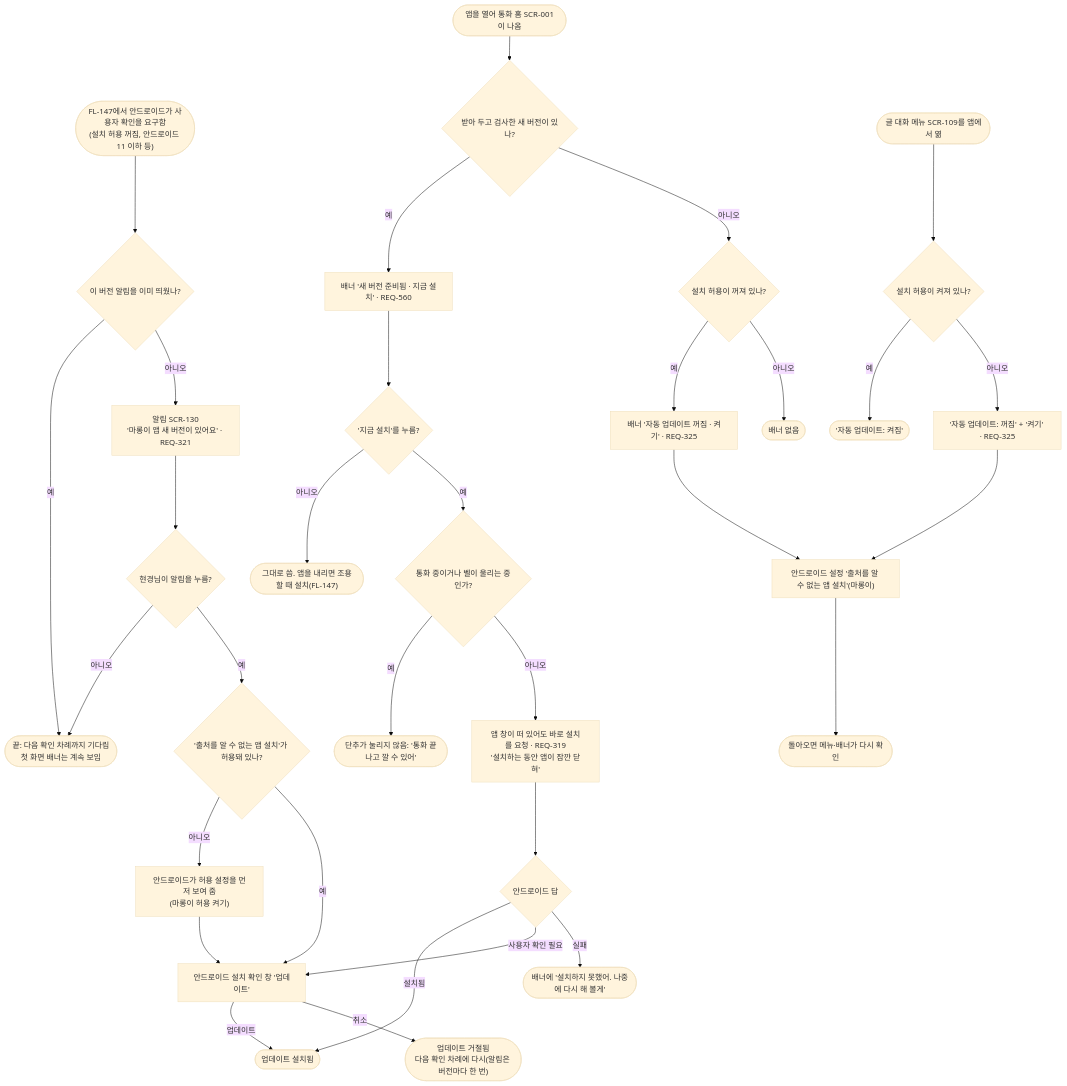
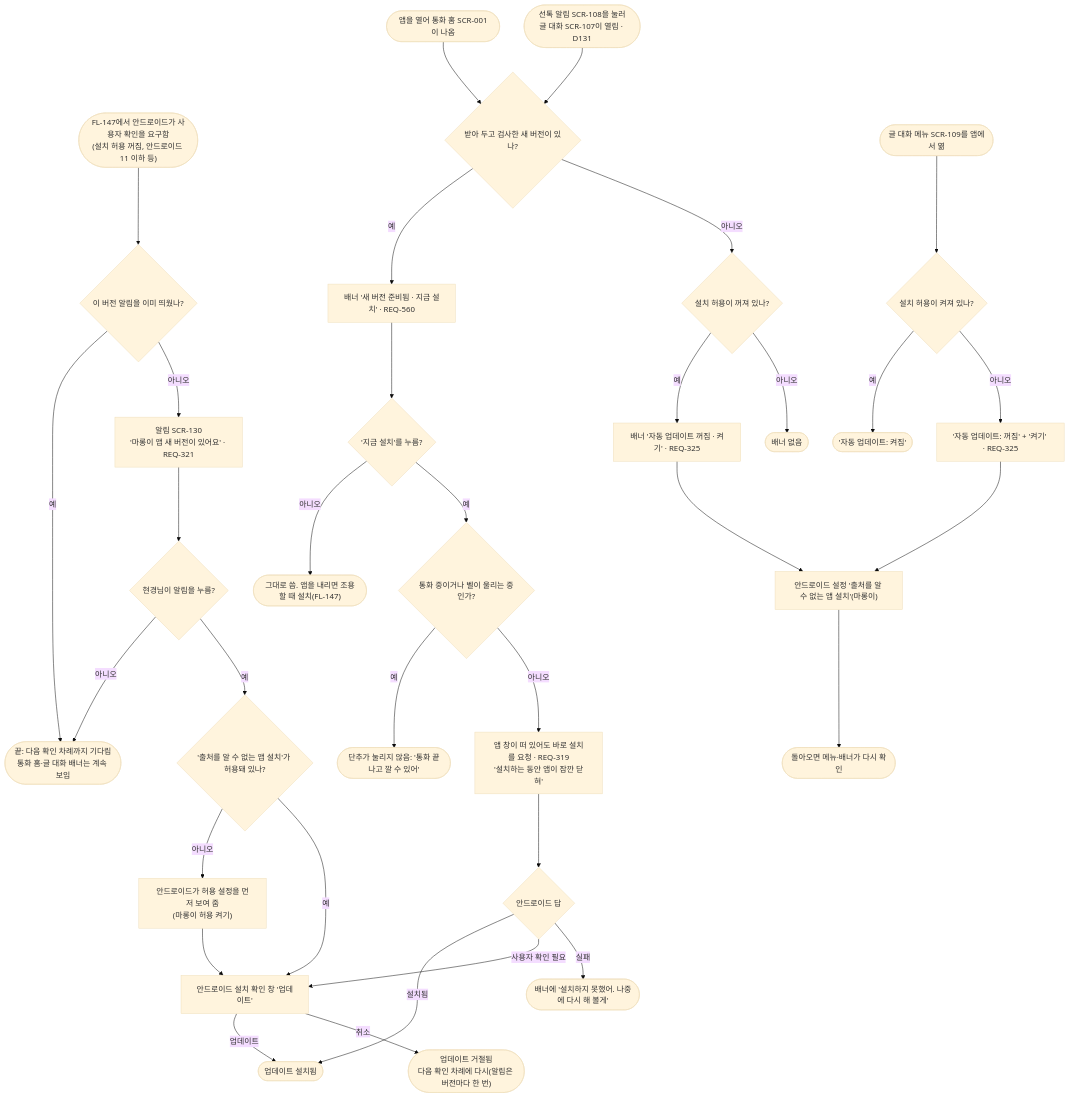
Before and after one commit to kodonghui/marong2: the diagram in docs/03-user-flow/FL-148-app-update-confirm.md, drawn with Mermaid (base theme). The commit also changed other lines of this file and 11 other files, not shown here.

````diff
--- a/docs/03-user-flow/FL-148-app-update-confirm.md
+++ b/docs/03-user-flow/FL-148-app-update-confirm.md
@@ -9,36 +9,37 @@
 ```mermaid
 flowchart TD
   A(["FL-147에서 안드로이드가 사용자 확인을 요구함<br/>(설치 허용 꺼짐, 안드로이드 11 이하 등)"]) --> B{"이 버전 알림을 이미 띄웠나?"}
-  B -->|예| Z(["끝: 다음 확인 차례까지 기다림<br/>첫 화면 배너는 계속 보임"])
+  B -->|예| Z(["끝: 다음 확인 차례까지 기다림<br/>통화 홈·글 대화 배너는 계속 보임"])
   B -->|아니오| C["알림 SCR-130<br/>'마롱이 앱 새 버전이 있어요' · REQ-321"]
   C --> D{"현경님이 알림을 누름?"}
   D -->|아니오| Z
   D -->|예| E{"'출처를 알 수 없는 앱 설치'가 허용돼 있나?"}
   E -->|아니오| F["안드로이드가 허용 설정을 먼저 보여 줌<br/>(마롱이 허용 켜기)"]
   F --> G
   E -->|예| G["안드로이드 설치 확인 창 '업데이트'"]
   G -->|업데이트| H(["업데이트 설치됨"])
   G -->|취소| I(["업데이트 거절됨<br/>다음 확인 차례에 다시(알림은 버전마다 한 번)"])
 
   P(["앱을 열어 통화 홈 SCR-001이 나옴"]) --> Q{"받아 두고 검사한 새 버전이 있나?"}
+  P2(["선톡 알림 SCR-108을 눌러<br/>글 대화 SCR-107이 열림 · D131"]) --> Q
   Q -->|예| R["배너 '새 버전 준비됨 · 지금 설치' · REQ-560"]
   R --> R1{"'지금 설치'를 누름?"}
   R1 -->|아니오| R2(["그대로 씀. 앱을 내리면 조용할 때 설치(FL-147)"])
   R1 -->|예| R3{"통화 중이거나 벨이 울리는 중인가?"}
   R3 -->|예| R4(["단추가 눌리지 않음: '통화 끝나고 깔 수 있어'"])
   R3 -->|아니오| R5["앱 창이 떠 있어도 바로 설치를 요청 · REQ-319<br/>'설치하는 동안 앱이 잠깐 닫혀'"]
   R5 --> R6{"안드로이드 답"}
   R6 -->|설치됨| H
   R6 -->|사용자 확인 필요| G
   R6 -->|실패| R7(["배너에 '설치하지 못했어. 나중에 다시 해 볼게'"])
   Q -->|아니오| S{"설치 허용이 꺼져 있나?"}
   S -->|예| T["배너 '자동 업데이트 꺼짐 · 켜기' · REQ-325"]
   T --> N3
   S -->|아니오| S1(["배너 없음"])
 
   M(["글 대화 메뉴 SCR-109를 앱에서 엶"]) --> N{"설치 허용이 켜져 있나?"}
   N -->|예| N1(["'자동 업데이트: 켜짐'"])
   N -->|아니오| N2["'자동 업데이트: 꺼짐' + '켜기' · REQ-325"]
   N2 --> N3["안드로이드 설정 '출처를 알 수 없는 앱 설치'(마롱이)"]
   N3 --> N4(["돌아오면 메뉴·배너가 다시 확인"])
 ```
````
